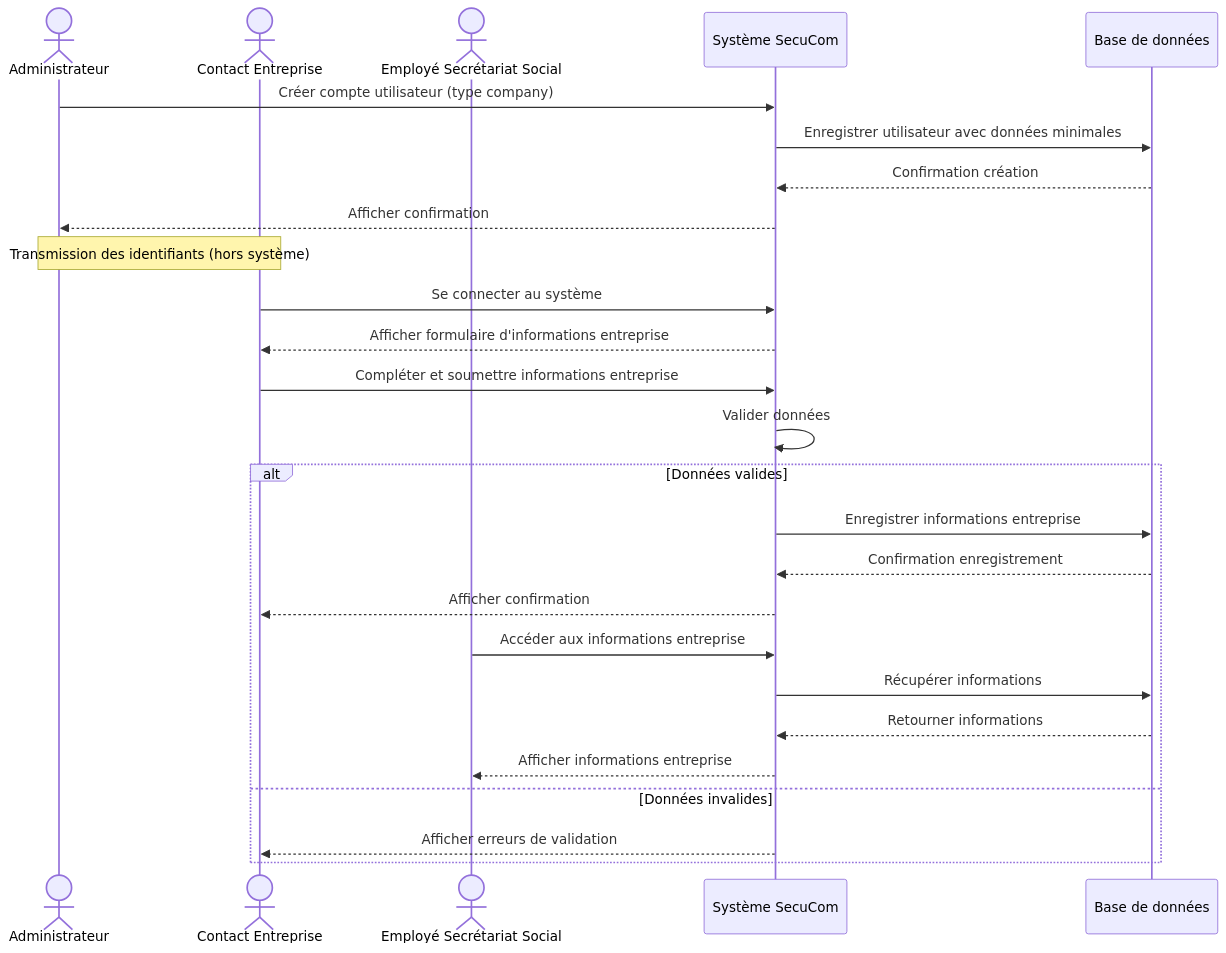
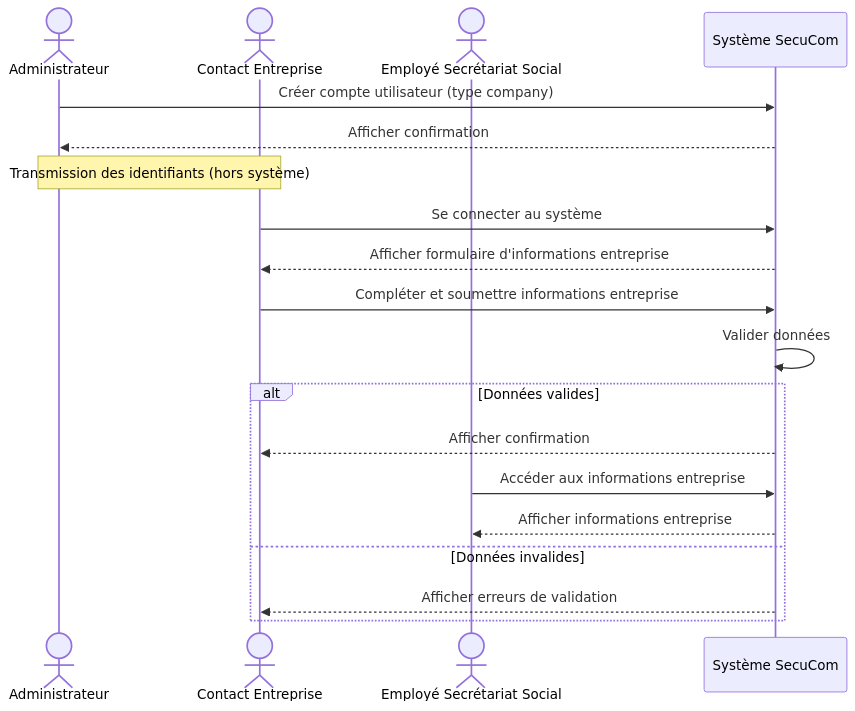
One commit to Medinhoo/SecuCom_BACKEND changed the fourth of 6 diagrams in diagrammes_mermaid.md. Above: the diagram before and after it, drawn with Mermaid. The commit also changed other lines of this file and 10 other files, not shown here.

Commit message:
TFE: chapitre 6 total refacto + corrections diagrammes

````diff
--- a/diagrammes_mermaid.md
+++ b/diagrammes_mermaid.md
@@ -404,33 +410,25 @@
 ```mermaid
 sequenceDiagram
     actor Admin as Administrateur
     actor CC as Contact Entreprise
     actor ESS as Employé Secrétariat Social
     participant Sys as Système SecuCom
-    participant DB as Base de données
     
     Admin->>Sys: Créer compte utilisateur (type company)
-    Sys->>DB: Enregistrer utilisateur avec données minimales
-    DB-->>Sys: Confirmation création
     Sys-->>Admin: Afficher confirmation
     
     Note over Admin,CC: Transmission des identifiants (hors système)
     
     CC->>Sys: Se connecter au système
     Sys-->>CC: Afficher formulaire d'informations entreprise
     CC->>Sys: Compléter et soumettre informations entreprise
     Sys->>Sys: Valider données
     
     alt Données valides
-        Sys->>DB: Enregistrer informations entreprise
-        DB-->>Sys: Confirmation enregistrement
         Sys-->>CC: Afficher confirmation
-        
         ESS->>Sys: Accéder aux informations entreprise
-        Sys->>DB: Récupérer informations
-        DB-->>Sys: Retourner informations
         Sys-->>ESS: Afficher informations entreprise
     else Données invalides
         Sys-->>CC: Afficher erreurs de validation
     end
 ```
````
